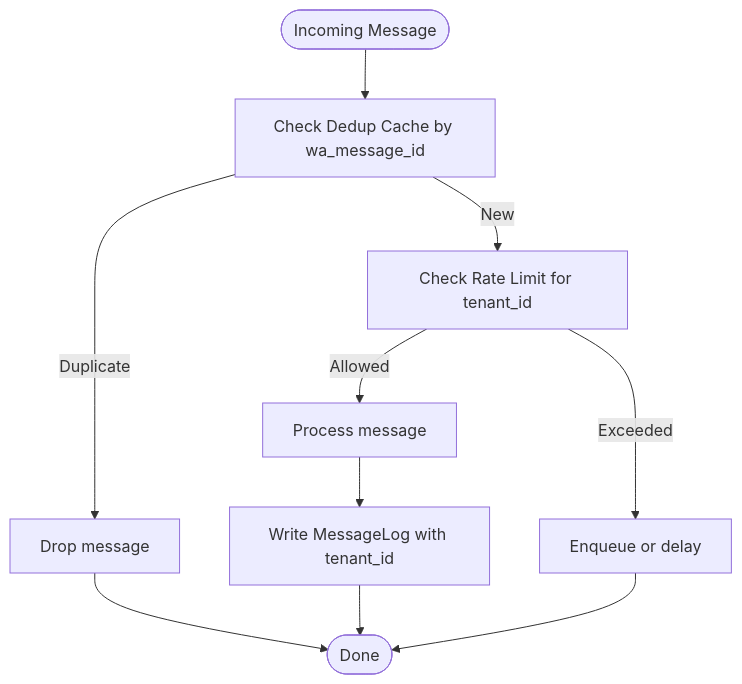
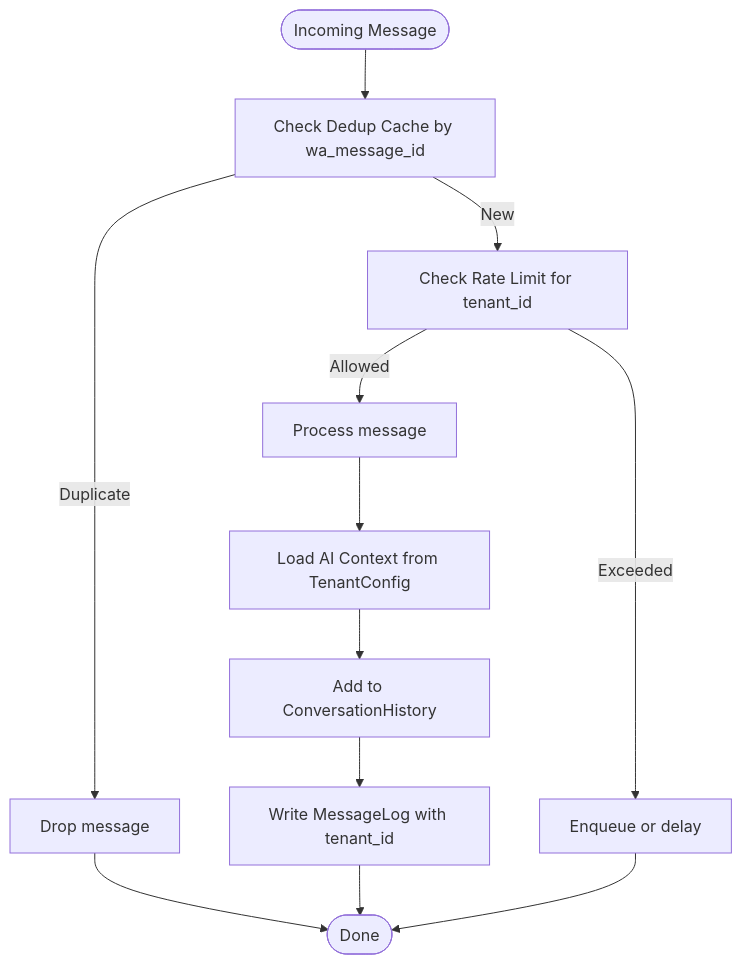
The sixth of 7 diagrams in .qoder/repowiki/en/content/Database Design/Database Design.md (askchiwa-spec/FLOW-HQ-BOT), drawn with Mermaid before and after one commit. The commit also changed other lines of this file and 27 other files, not shown here.

````diff
--- a/.qoder/repowiki/en/content/Database Design/Database Design.md
+++ b/.qoder/repowiki/en/content/Database Design/Database Design.md
@@ -454,12 +597,14 @@
 ```mermaid
 flowchart TD
 Start(["Incoming Message"]) --> CheckDup["Check Dedup Cache by wa_message_id"]
 CheckDup --> |Duplicate| Drop["Drop message"]
 CheckDup --> |New| RateLimit["Check Rate Limit for tenant_id"]
 RateLimit --> |Allowed| Process["Process message"]
 RateLimit --> |Exceeded| Queue["Enqueue or delay"]
-Process --> WriteLog["Write MessageLog with tenant_id"]
+Process --> AIContext["Load AI Context from TenantConfig"]
+AIContext --> Conversation["Add to ConversationHistory"]
+Conversation --> WriteLog["Write MessageLog with tenant_id"]
 WriteLog --> End(["Done"])
 Drop --> End
 Queue --> End
 ```
````
